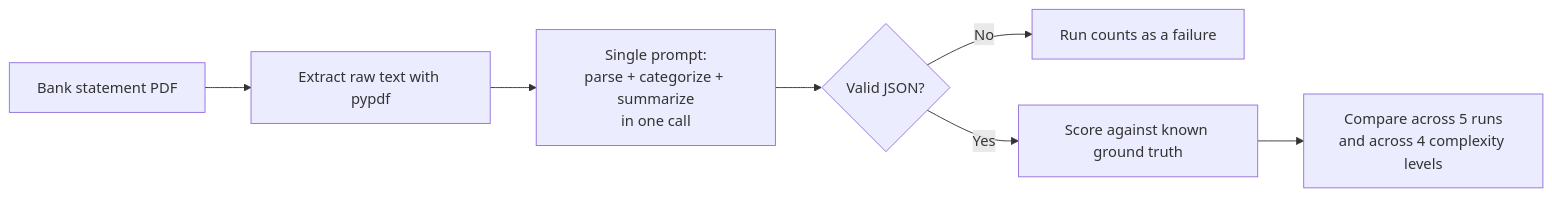
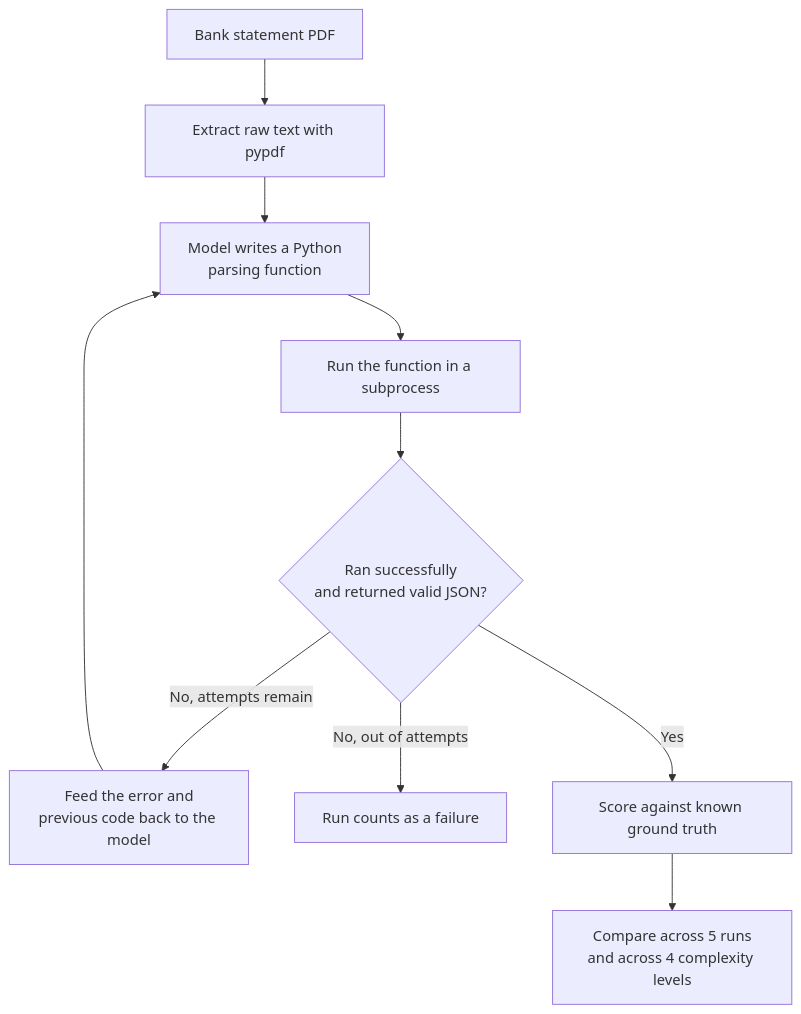
Before and after one commit to the-write-path-code/ch02-agent-monolith-trap: the diagram in docs/monolith_experiment.md, drawn with Mermaid. The commit also changed other lines of this file and 4 other files, not shown here.

Commit message:
Rebuild monolith as a code-gen-and-execute retry loop, matching the actual original failure mechanism

````diff
--- a/docs/monolith_experiment.md
+++ b/docs/monolith_experiment.md
@@ -9,12 +13,16 @@
 ```mermaid
-flowchart LR
+flowchart TD
     A[Bank statement PDF] --> B[Extract raw text with pypdf]
-    B --> C[Single prompt:
-parse + categorize + summarize
-in one call]
-    C --> D{Valid JSON?}
-    D -- No --> E[Run counts as a failure]
-    D -- Yes --> F[Score against known ground truth]
-    F --> G[Compare across 5 runs
+    B --> C[Model writes a Python
+parsing function]
+    C --> D[Run the function in a subprocess]
+    D --> E{Ran successfully
+and returned valid JSON?}
+    E -- No, attempts remain --> F[Feed the error and
+previous code back to the model]
+    F --> C
+    E -- No, out of attempts --> G[Run counts as a failure]
+    E -- Yes --> H[Score against known ground truth]
+    H --> I[Compare across 5 runs
 and across 4 complexity levels]
 ```
````
